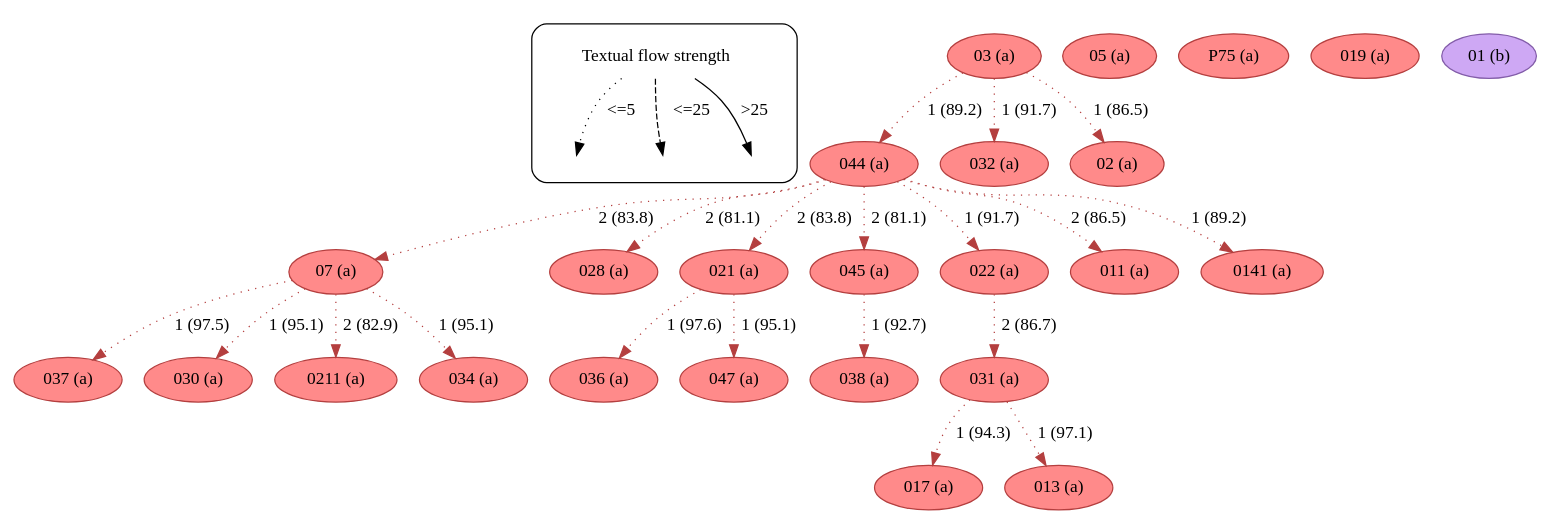
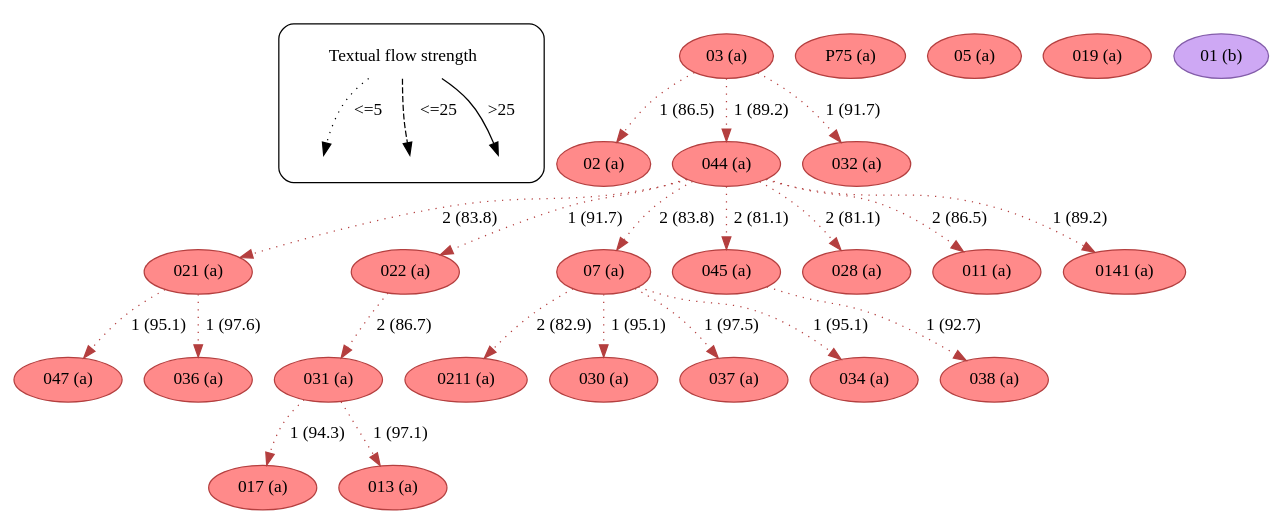
Before and after one commit to edmondac/CBGM: the diagram in example/c2/textual_flow_24_28_c2.dot, drawn with Graphviz. The commit also changed other lines of this file and 164 other files, not shown here.

```diff
--- a/example/c2/textual_flow_24_28_c2.dot
+++ b/example/c2/textual_flow_24_28_c2.dot
@@ -1,186 +1,186 @@
 strict digraph  {
 	node [label="\N"];
 	subgraph cluster_legend {
 		graph [style=rounded];
 		leg_s		 [label="Textual flow strength",
 			shape=plaintext];
 		leg_e1		 [fixedsize=True,
 			height=0.2,
 			label="",
 			style=invis];
 		leg_s -> leg_e1		 [label="<=5  ",
 			style=dotted];
 		leg_e2		 [fixedsize=True,
 			height=0.2,
 			label="",
 			style=invis];
 		leg_s -> leg_e2		 [label="  <=25",
 			style=dashed];
 		leg_e3		 [fixedsize=True,
 			height=0.2,
 			label="",
 			style=invis];
 		leg_s -> leg_e3		 [label=">25",
 			style=solid];
 	}
+	03	 [color="#b43f3f",
+		fillcolor="#FF8A8A",
+		label="03 (a)",
+		style=filled];
+	02	 [color="#b43f3f",
+		fillcolor="#FF8A8A",
+		label="02 (a)",
+		style=filled];
+	03 -> 02	 [color="#b43f3f",
+		label="1 (86.5)",
+		style=dotted];
 	044	 [color="#b43f3f",
 		fillcolor="#FF8A8A",
 		label="044 (a)",
 		style=filled];
+	03 -> 044	 [color="#b43f3f",
+		label="1 (89.2)",
+		style=dotted];
+	032	 [color="#b43f3f",
+		fillcolor="#FF8A8A",
+		label="032 (a)",
+		style=filled];
+	03 -> 032	 [color="#b43f3f",
+		label="1 (91.7)",
+		style=dotted];
+	021	 [color="#b43f3f",
+		fillcolor="#FF8A8A",
+		label="021 (a)",
+		style=filled];
+	047	 [color="#b43f3f",
+		fillcolor="#FF8A8A",
+		label="047 (a)",
+		style=filled];
+	021 -> 047	 [color="#b43f3f",
+		label="1 (95.1)",
+		style=dotted];
+	036	 [color="#b43f3f",
+		fillcolor="#FF8A8A",
+		label="036 (a)",
+		style=filled];
+	021 -> 036	 [color="#b43f3f",
+		label="1 (97.6)",
+		style=dotted];
+	022	 [color="#b43f3f",
+		fillcolor="#FF8A8A",
+		label="022 (a)",
+		style=filled];
+	031	 [color="#b43f3f",
+		fillcolor="#FF8A8A",
+		label="031 (a)",
+		style=filled];
+	022 -> 031	 [color="#b43f3f",
+		label="2 (86.7)",
+		style=dotted];
+	017	 [color="#b43f3f",
+		fillcolor="#FF8A8A",
+		label="017 (a)",
+		style=filled];
+	031 -> 017	 [color="#b43f3f",
+		label="1 (94.3)",
+		style=dotted];
+	013	 [color="#b43f3f",
+		fillcolor="#FF8A8A",
+		label="013 (a)",
+		style=filled];
+	031 -> 013	 [color="#b43f3f",
+		label="1 (97.1)",
+		style=dotted];
+	044 -> 021	 [color="#b43f3f",
+		label="2 (83.8)",
+		style=dotted];
+	044 -> 022	 [color="#b43f3f",
+		label="1 (91.7)",
+		style=dotted];
 	07	 [color="#b43f3f",
 		fillcolor="#FF8A8A",
 		label="07 (a)",
 		style=filled];
 	044 -> 07	 [color="#b43f3f",
-		label="2 (83.8)",
-		style=dotted];
-	028	 [color="#b43f3f",
-		fillcolor="#FF8A8A",
-		label="028 (a)",
-		style=filled];
-	044 -> 028	 [color="#b43f3f",
-		label="2 (81.1)",
-		style=dotted];
-	021	 [color="#b43f3f",
-		fillcolor="#FF8A8A",
-		label="021 (a)",
-		style=filled];
-	044 -> 021	 [color="#b43f3f",
 		label="2 (83.8)",
 		style=dotted];
 	045	 [color="#b43f3f",
 		fillcolor="#FF8A8A",
 		label="045 (a)",
 		style=filled];
 	044 -> 045	 [color="#b43f3f",
 		label="2 (81.1)",
 		style=dotted];
-	022	 [color="#b43f3f",
+	028	 [color="#b43f3f",
 		fillcolor="#FF8A8A",
-		label="022 (a)",
+		label="028 (a)",
 		style=filled];
-	044 -> 022	 [color="#b43f3f",
-		label="1 (91.7)",
+	044 -> 028	 [color="#b43f3f",
+		label="2 (81.1)",
 		style=dotted];
 	011	 [color="#b43f3f",
 		fillcolor="#FF8A8A",
 		label="011 (a)",
 		style=filled];
 	044 -> 011	 [color="#b43f3f",
 		label="2 (86.5)",
 		style=dotted];
 	0141	 [color="#b43f3f",
 		fillcolor="#FF8A8A",
 		label="0141 (a)",
 		style=filled];
 	044 -> 0141	 [color="#b43f3f",
 		label="1 (89.2)",
 		style=dotted];
-	037	 [color="#b43f3f",
+	0211	 [color="#b43f3f",
 		fillcolor="#FF8A8A",
-		label="037 (a)",
+		label="0211 (a)",
 		style=filled];
-	07 -> 037	 [color="#b43f3f",
-		label="1 (97.5)",
+	07 -> 0211	 [color="#b43f3f",
+		label="2 (82.9)",
 		style=dotted];
 	030	 [color="#b43f3f",
 		fillcolor="#FF8A8A",
 		label="030 (a)",
 		style=filled];
 	07 -> 030	 [color="#b43f3f",
 		label="1 (95.1)",
 		style=dotted];
-	0211	 [color="#b43f3f",
+	037	 [color="#b43f3f",
 		fillcolor="#FF8A8A",
-		label="0211 (a)",
+		label="037 (a)",
 		style=filled];
-	07 -> 0211	 [color="#b43f3f",
-		label="2 (82.9)",
+	07 -> 037	 [color="#b43f3f",
+		label="1 (97.5)",
 		style=dotted];
 	034	 [color="#b43f3f",
 		fillcolor="#FF8A8A",
 		label="034 (a)",
 		style=filled];
 	07 -> 034	 [color="#b43f3f",
 		label="1 (95.1)",
 		style=dotted];
-	036	 [color="#b43f3f",
-		fillcolor="#FF8A8A",
-		label="036 (a)",
-		style=filled];
-	021 -> 036	 [color="#b43f3f",
-		label="1 (97.6)",
-		style=dotted];
-	047	 [color="#b43f3f",
-		fillcolor="#FF8A8A",
-		label="047 (a)",
-		style=filled];
-	021 -> 047	 [color="#b43f3f",
-		label="1 (95.1)",
-		style=dotted];
-	03	 [color="#b43f3f",
-		fillcolor="#FF8A8A",
-		label="03 (a)",
-		style=filled];
-	03 -> 044	 [color="#b43f3f",
-		label="1 (89.2)",
-		style=dotted];
-	032	 [color="#b43f3f",
-		fillcolor="#FF8A8A",
-		label="032 (a)",
-		style=filled];
-	03 -> 032	 [color="#b43f3f",
-		label="1 (91.7)",
-		style=dotted];
-	02	 [color="#b43f3f",
-		fillcolor="#FF8A8A",
-		label="02 (a)",
-		style=filled];
-	03 -> 02	 [color="#b43f3f",
-		label="1 (86.5)",
-		style=dotted];
 	038	 [color="#b43f3f",
 		fillcolor="#FF8A8A",
 		label="038 (a)",
 		style=filled];
 	045 -> 038	 [color="#b43f3f",
 		label="1 (92.7)",
 		style=dotted];
-	031	 [color="#b43f3f",
+	P75	 [color="#b43f3f",
 		fillcolor="#FF8A8A",
-		label="031 (a)",
+		label="P75 (a)",
 		style=filled];
-	017	 [color="#b43f3f",
-		fillcolor="#FF8A8A",
-		label="017 (a)",
-		style=filled];
-	031 -> 017	 [color="#b43f3f",
-		label="1 (94.3)",
-		style=dotted];
-	013	 [color="#b43f3f",
-		fillcolor="#FF8A8A",
-		label="013 (a)",
-		style=filled];
-	031 -> 013	 [color="#b43f3f",
-		label="1 (97.1)",
-		style=dotted];
-	022 -> 031	 [color="#b43f3f",
-		label="2 (86.7)",
-		style=dotted];
 	05	 [color="#b43f3f",
 		fillcolor="#FF8A8A",
 		label="05 (a)",
-		style=filled];
-	P75	 [color="#b43f3f",
-		fillcolor="#FF8A8A",
-		label="P75 (a)",
 		style=filled];
 	019	 [color="#b43f3f",
 		fillcolor="#FF8A8A",
 		label="019 (a)",
 		style=filled];
 	01	 [color="#835da9",
 		fillcolor="#CEA8F4",
 		label="01 (b)",
 		style=filled];
 }
```
